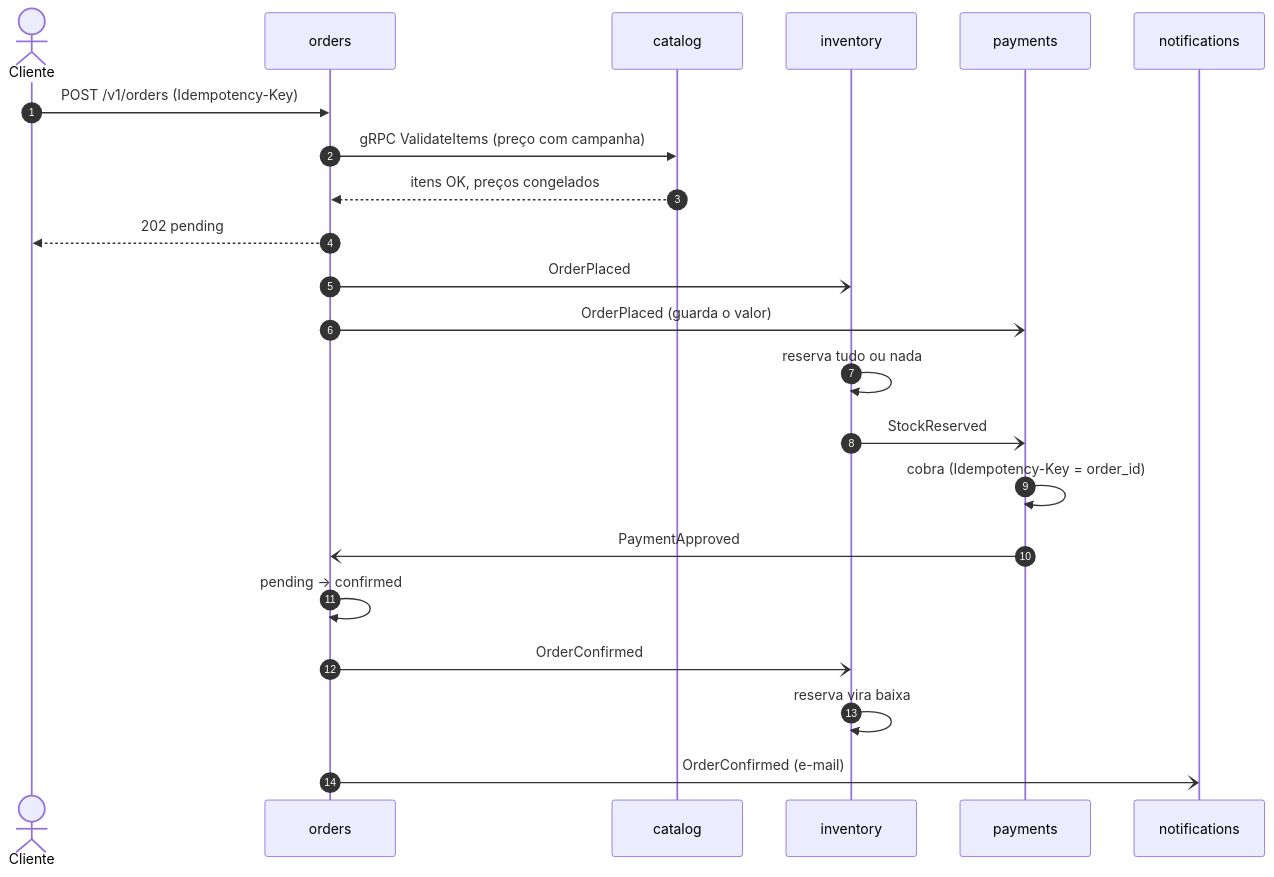
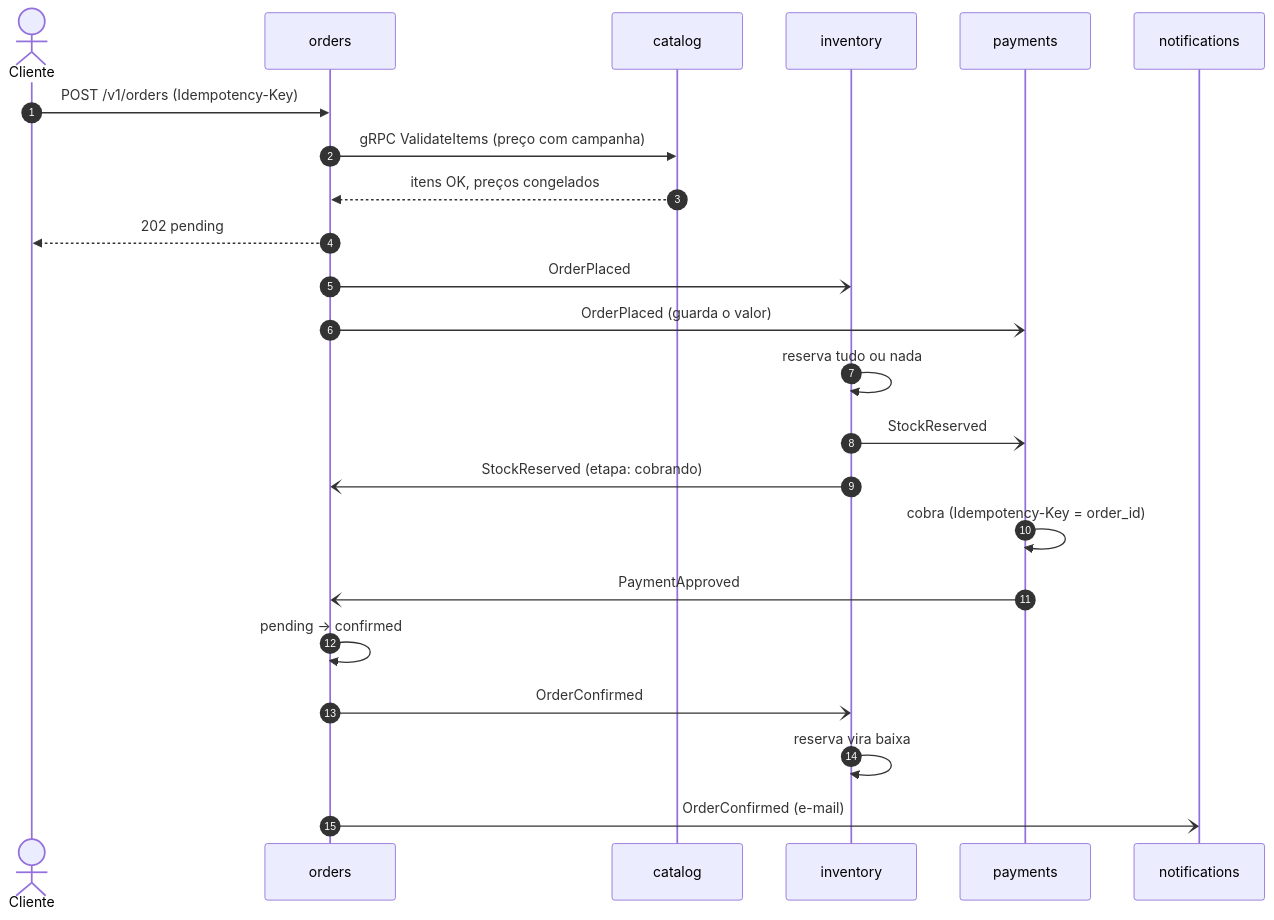
The second of 4 diagrams in docs/arquitetura/saga.md (mateus-vitor-ferreira-dev/compra-facil), drawn with Mermaid before and after one commit. The commit also changed other lines of this file and 15 other files, not shown here.

````diff
--- a/docs/arquitetura/saga.md
+++ b/docs/arquitetura/saga.md
@@ -26,24 +32,25 @@
 ```mermaid
 sequenceDiagram
     autonumber
     actor Cliente
     participant O as orders
     participant C as catalog
     participant I as inventory
     participant P as payments
     participant N as notifications
     Cliente->>O: POST /v1/orders (Idempotency-Key)
     O->>C: gRPC ValidateItems (preço com campanha)
     C-->>O: itens OK, preços congelados
     O-->>Cliente: 202 pending
     O-)I: OrderPlaced
     O-)P: OrderPlaced (guarda o valor)
     I->>I: reserva tudo ou nada
     I-)P: StockReserved
+    I-)O: StockReserved (etapa: cobrando)
     P->>P: cobra (Idempotency-Key = order_id)
     P-)O: PaymentApproved
     O->>O: pending → confirmed
     O-)I: OrderConfirmed
     I->>I: reserva vira baixa
     O-)N: OrderConfirmed (e-mail)
 ```
````
